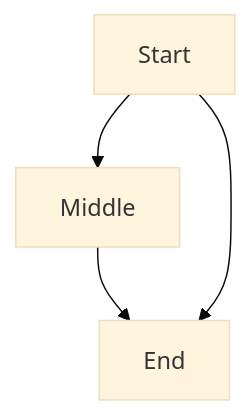
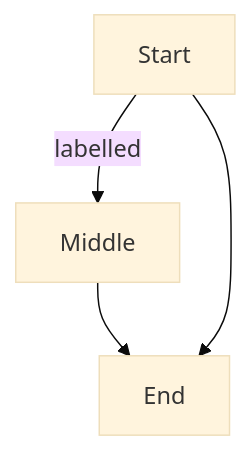
Before and after one commit to mermaid-js/mermaid: the diagram in e2e/diagrams/flowchart/elk-container-algorithms/elk-box-layout-with-edges.mmd, drawn with Mermaid (base theme). The commit also changed 3 other files, not shown here.

First line of the commit message:
fix(layout-elk): position the label of an unrouted edge

```diff
--- a/e2e/diagrams/flowchart/elk-container-algorithms/elk-box-layout-with-edges.mmd
+++ b/e2e/diagrams/flowchart/elk-container-algorithms/elk-box-layout-with-edges.mmd
@@ -1,10 +1,12 @@
 ---
 config:
   layout: elk.box
 ---
 %% elk.box places nodes but does not route edges. Every edge here relies on the
 %% straight-line fallback; without it the render throws on `points.filter`.
+%% One edge is labelled: an unrouted edge has no ELK label position either, and
+%% an unset one renders as `translate(undefined, NaN)`.
 flowchart TD
-  A[Start] --> B[Middle]
+  A[Start] -->|labelled| B[Middle]
   B --> C[End]
   A --> C
```
